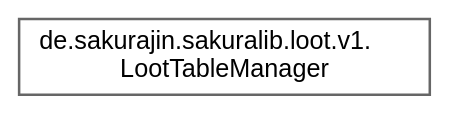
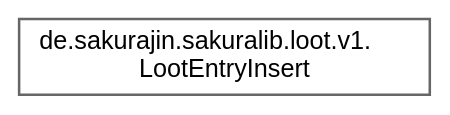
One commit to noah1510/sakura-lib changed the diagram in inherit_graph_20.dot. Above: the diagram before and after it, drawn with Graphviz. The commit also changed 77 other files, not shown here.

```diff
--- a/inherit_graph_20.dot
+++ b/inherit_graph_20.dot
@@ -1,9 +1,9 @@
 digraph "Graphical Class Hierarchy"
 {
  // LATEX_PDF_SIZE
   bgcolor="transparent";
   edge [fontname=Helvetica,fontsize=10,labelfontname=Helvetica,labelfontsize=10];
   node [fontname=Helvetica,fontsize=10,shape=box,height=0.2,width=0.4];
   rankdir="LR";
-  Node0 [label="de.sakurajin.sakuralib.loot.v1.\lLootTableManager",height=0.2,width=0.4,color="grey40", fillcolor="white", style="filled",URL="$classde_1_1sakurajin_1_1sakuralib_1_1loot_1_1v1_1_1LootTableManager.html",tooltip="This class is used to inject data into loot tables."];
+  Node0 [label="de.sakurajin.sakuralib.loot.v1.\lLootEntryInsert",height=0.2,width=0.4,color="grey40", fillcolor="white", style="filled",URL="$classde_1_1sakurajin_1_1sakuralib_1_1loot_1_1v1_1_1LootEntryInsert.html",tooltip="A class that represents an entry that should be inserted into a loot table."];
 }
```
